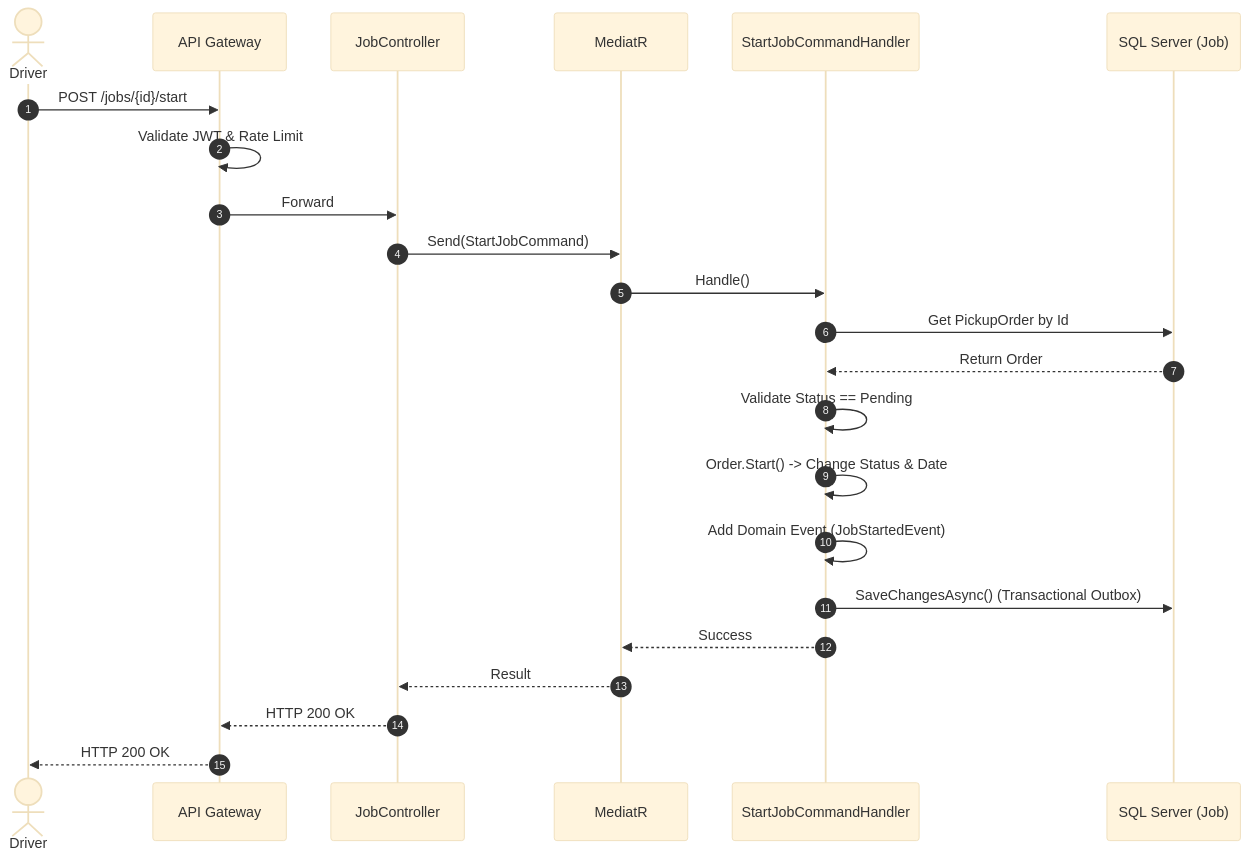
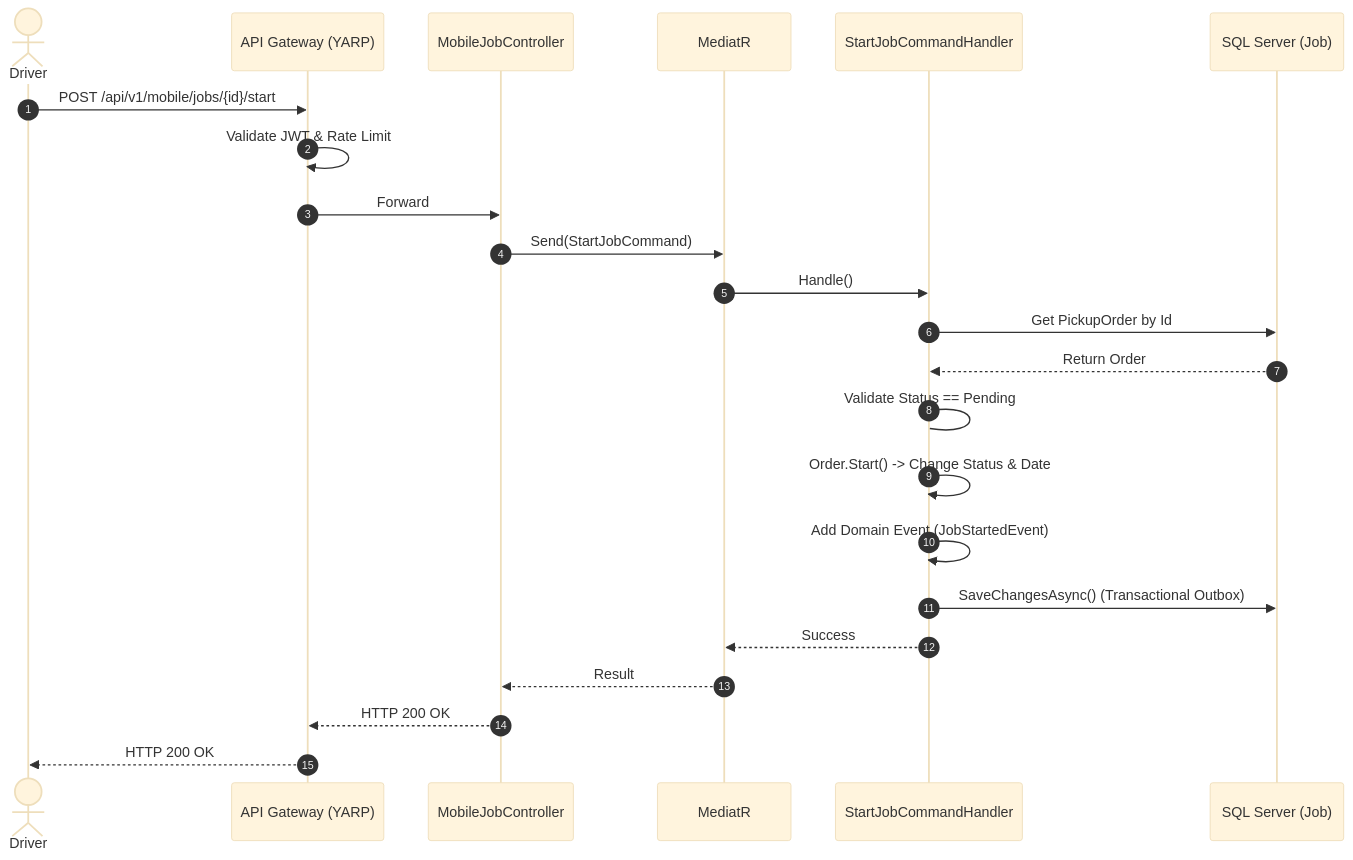
One commit to odealidj/minione-edcl-net changed the fourth of 8 diagrams in docs/architecture/api-sequence-diagrams.md. Above: the diagram before and after it, drawn with Mermaid (base theme). The commit also changed other lines of this file and 15 other files, not shown here.

Commit message:
docs: synchronize documentation endpoints and add gateway mobile route

````diff
--- a/docs/architecture/api-sequence-diagrams.md
+++ b/docs/architecture/api-sequence-diagrams.md
@@ -151,28 +154,28 @@
 ```mermaid
 sequenceDiagram
     autonumber
     actor Driver
-    participant Gateway as API Gateway
-    participant Ctrl as JobController
+    participant Gateway as API Gateway (YARP)
+    participant Ctrl as MobileJobController
     participant MediatR as MediatR
     participant Hndl as StartJobCommandHandler
     participant DB as SQL Server (Job)
 
-    Driver->>Gateway: POST /jobs/{id}/start
+    Driver->>Gateway: POST /api/v1/mobile/jobs/{id}/start
     Gateway->>Gateway: Validate JWT & Rate Limit
     Gateway->>Ctrl: Forward
     Ctrl->>MediatR: Send(StartJobCommand)
     MediatR->>Hndl: Handle()
     Hndl->>DB: Get PickupOrder by Id
     DB-->>Hndl: Return Order
     
-    Hndl->>Hndl: Validate Status == Pending
+    Hndl->Hndl: Validate Status == Pending
     Hndl->>Hndl: Order.Start() -> Change Status & Date
     Hndl->>Hndl: Add Domain Event (JobStartedEvent)
     Hndl->>DB: SaveChangesAsync() (Transactional Outbox)
     
     Hndl-->>MediatR: Success
     MediatR-->>Ctrl: Result
     Ctrl-->>Gateway: HTTP 200 OK
     Gateway-->>Driver: HTTP 200 OK
 ```
````
